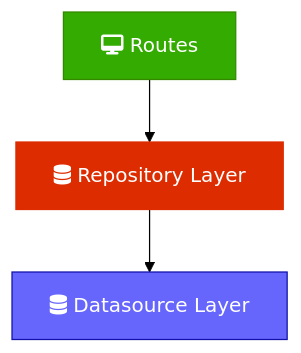
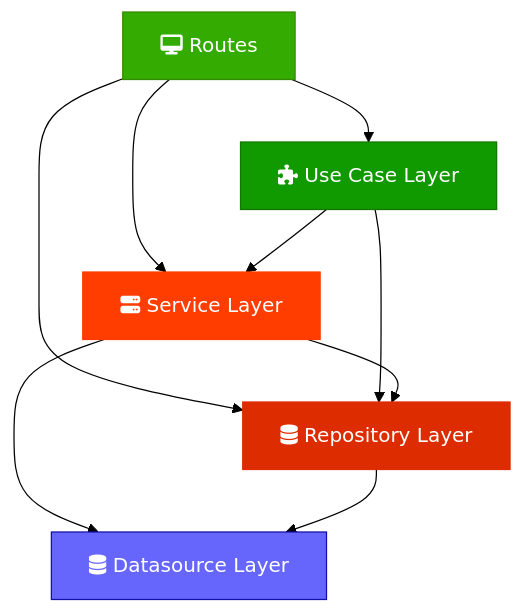
One commit to Darkrock-Studios/hammer-editor changed the third of 3 diagrams in docs/ARCHITECTURE.md. Above: the diagram before and after it, drawn with Mermaid (forest theme). The commit also changed other lines of this file and 6 other files, not shown here.

First line of the commit message:
Add Konsist architecture tests

````diff
--- a/docs/ARCHITECTURE.md
+++ b/docs/ARCHITECTURE.md
@@ -338,15 +338,25 @@
 ```mermaid
 flowchart TD
     Routes["fa:fa-desktop Routes"]
+    UseCases["fa:fa-puzzle-piece Use Case Layer"]
+    Services["fa:fa-server Service Layer"]
     Repositories["fa:fa-database Repository Layer"]
     Datasources["fa:fa-database Datasource Layer"]
 
     %% Edge connections between nodes
+    Routes --> UseCases
+    Routes --> Services
     Routes --> Repositories
+    UseCases --> Services
+    UseCases --> Repositories
+    Services --> Repositories
+    Services --> Datasources
     Repositories --> Datasources
 
     %% Styling for layers
     style Routes fill:#33AB00, stroke:#338800, color:#FFFFFF
+    style UseCases fill:#119900, stroke:#117700, color:#FFFFFF
+    style Services fill:#FF3D00, stroke:#FF3D00, color:#FFFFFF
     style Repositories fill:#DD2C00, stroke:#DD2C00, color:#FFFFFF
     style Datasources fill:#6666FC, stroke:#1111AA, color:#FFFFFF
 ```
````
